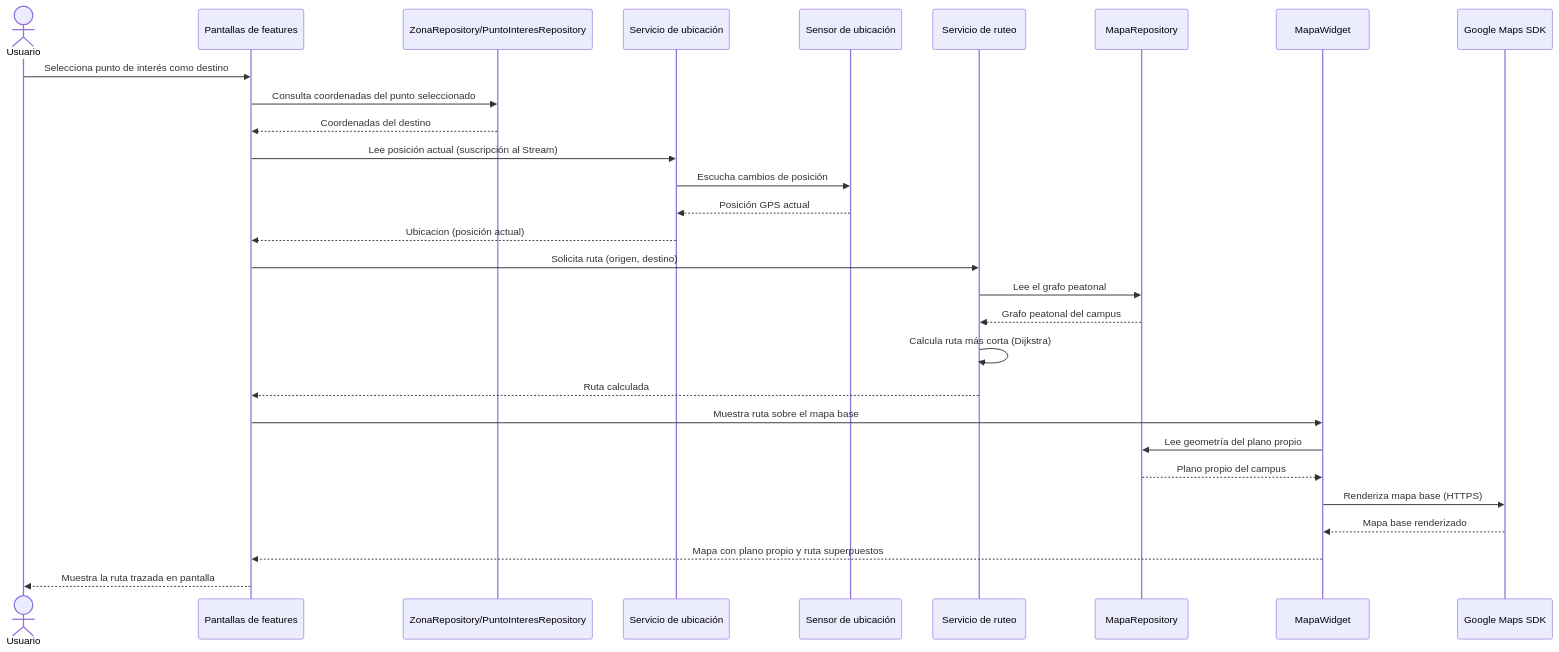
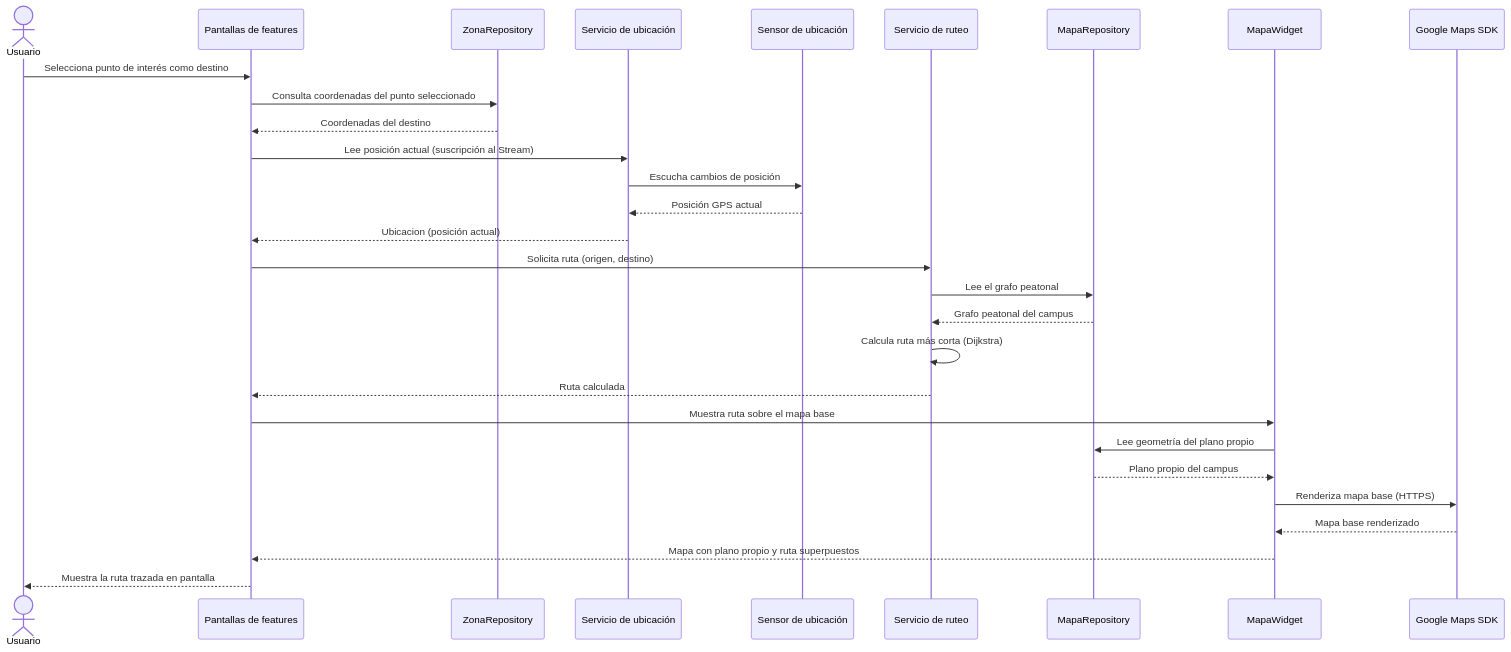
The first of 4 diagrams in docs/arc42/06_runtime_view.md (ISCOUTB/AS_202620_mapsutb), drawn with Mermaid before and after one commit. The commit also changed other lines of this file and 8 other files, not shown here.

````diff
--- a/docs/arc42/06_runtime_view.md
+++ b/docs/arc42/06_runtime_view.md
@@ -24,32 +24,32 @@
 ```mermaid
 sequenceDiagram
     actor Usuario
     participant UI as Pantallas de features
-    participant ZonaRepo as ZonaRepository/PuntoInteresRepository
+    participant ZonaRepo as ZonaRepository
     participant Ubicacion as Servicio de ubicación
     participant Sensor as Sensor de ubicación
     participant Ruteo as Servicio de ruteo
     participant MapaRepo as MapaRepository
     participant Widget as MapaWidget
     participant MapsSDK as Google Maps SDK
 
     Usuario->>UI: Selecciona punto de interés como destino
     UI->>ZonaRepo: Consulta coordenadas del punto seleccionado
     ZonaRepo-->>UI: Coordenadas del destino
     UI->>Ubicacion: Lee posición actual (suscripción al Stream)
     Ubicacion->>Sensor: Escucha cambios de posición
     Sensor-->>Ubicacion: Posición GPS actual
     Ubicacion-->>UI: Ubicacion (posición actual)
     UI->>Ruteo: Solicita ruta (origen, destino)
     Ruteo->>MapaRepo: Lee el grafo peatonal
     MapaRepo-->>Ruteo: Grafo peatonal del campus
     Ruteo->>Ruteo: Calcula ruta más corta (Dijkstra)
     Ruteo-->>UI: Ruta calculada
     UI->>Widget: Muestra ruta sobre el mapa base
     Widget->>MapaRepo: Lee geometría del plano propio
     MapaRepo-->>Widget: Plano propio del campus
     Widget->>MapsSDK: Renderiza mapa base (HTTPS)
     MapsSDK-->>Widget: Mapa base renderizado
     Widget-->>UI: Mapa con plano propio y ruta superpuestos
     UI-->>Usuario: Muestra la ruta trazada en pantalla
 ```
````
